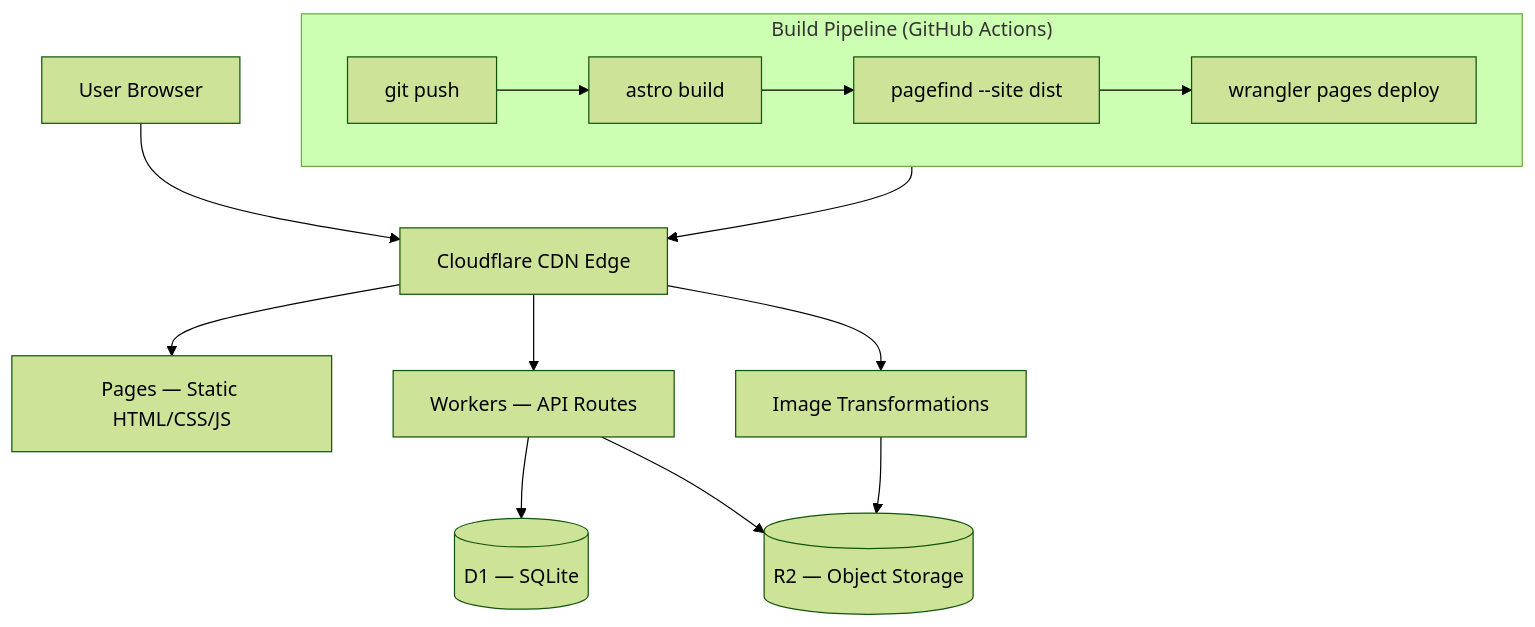
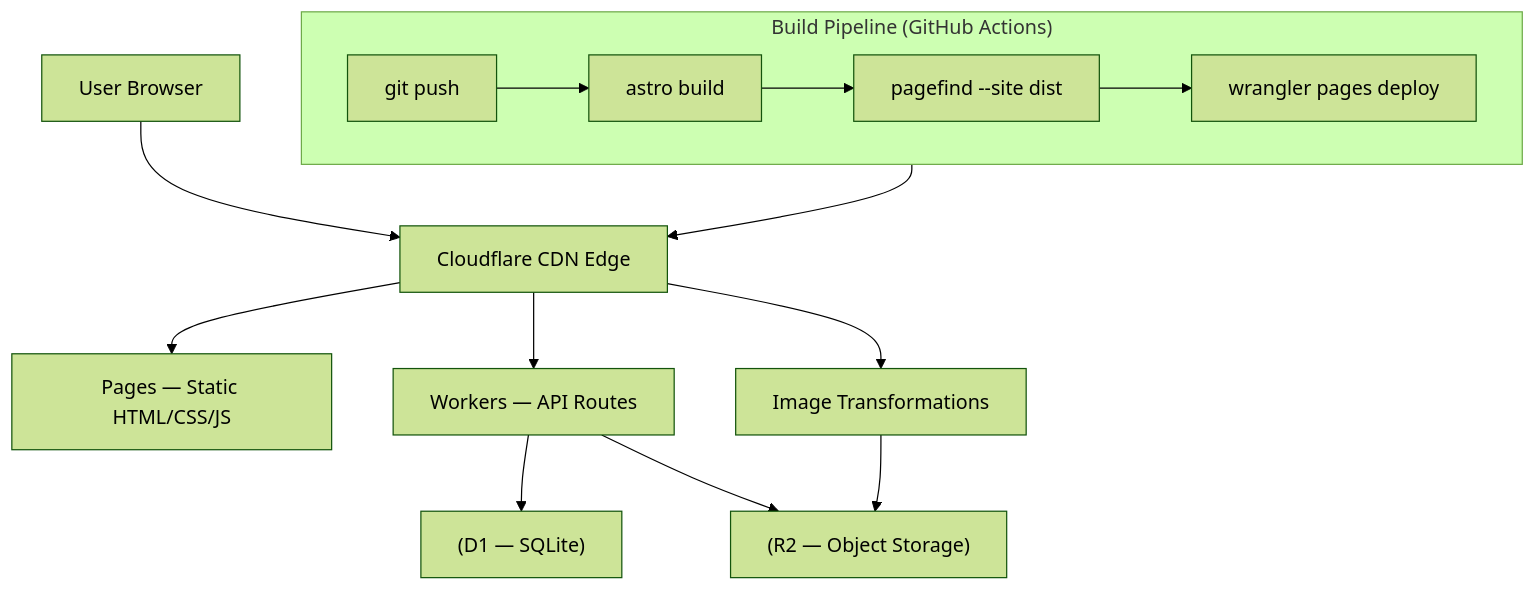
Before and after one commit to vesviet/vesviet: the first of 2 diagrams in content/posts/deploying-astro-on-cloudflare-full-stack-edge-architecture.md, drawn with Mermaid (forest theme). The commit also changed other lines of this file and 331 other files, not shown here.

````diff
--- a/content/posts/deploying-astro-on-cloudflare-full-stack-edge-architecture.md
+++ b/content/posts/deploying-astro-on-cloudflare-full-stack-edge-architecture.md
@@ -55,20 +55,20 @@
 ```mermaid
 flowchart TD
-    U[User Browser] --> CF[Cloudflare CDN Edge]
+    U["User Browser"] --> CF["Cloudflare CDN Edge"]
 
-    CF --> P[Pages — Static HTML/CSS/JS]
-    CF --> W[Workers — API Routes]
-    CF --> IT[Image Transformations]
+    CF --> P["Pages — Static HTML/CSS/JS"]
+    CF --> W["Workers — API Routes"]
+    CF --> IT["Image Transformations"]
 
-    W --> D1[(D1 — SQLite)]
-    W --> R2[(R2 — Object Storage)]
+    W --> D1["(D1 — SQLite)"]
+    W --> R2["(R2 — Object Storage)"]
     IT --> R2
 
     subgraph Build["Build Pipeline (GitHub Actions)"]
-        GH[git push] --> AB[astro build]
-        AB --> PF[pagefind --site dist]
-        PF --> WR[wrangler pages deploy]
+        GH["git push"] --> AB["astro build"]
+        AB --> PF["pagefind --site dist"]
+        PF --> WR["wrangler pages deploy"]
     end
 
     Build --> CF
 ```
````
